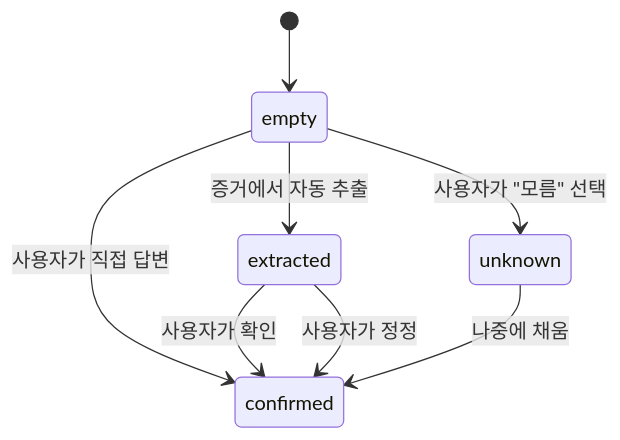
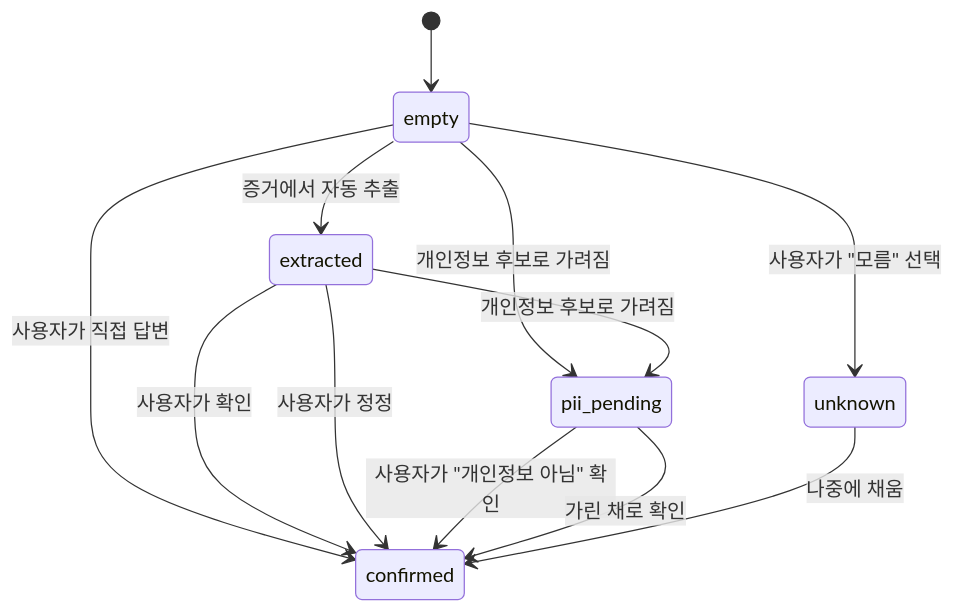
Before and after one commit to Dojaegyum/fsec-ai-challenge: the second of 2 diagrams in spec/backend/08-16-data-model.md, drawn with Mermaid. The commit also changed other lines of this file and 35 other files, not shown here.

First line of the commit message:
슬롯 pii_pending · 아이콘 34종 · 사용자 여정 · 제출 경로를 둘 다 (ADR-041·042) (#15)

````diff
--- a/spec/backend/08-16-data-model.md
+++ b/spec/backend/08-16-data-model.md
@@ -301,10 +301,14 @@
 ```mermaid
 stateDiagram-v2
     [*] --> empty
     empty --> extracted : 증거에서 자동 추출
     empty --> confirmed : 사용자가 직접 답변
     empty --> unknown : 사용자가 "모름" 선택
+    empty --> pii_pending : 개인정보 후보로 가려짐
+    extracted --> pii_pending : 개인정보 후보로 가려짐
     extracted --> confirmed : 사용자가 확인
     extracted --> confirmed : 사용자가 정정
+    pii_pending --> confirmed : 사용자가 "개인정보 아님" 확인
+    pii_pending --> confirmed : 가린 채로 확인
     unknown --> confirmed : 나중에 채움
 ```
````
